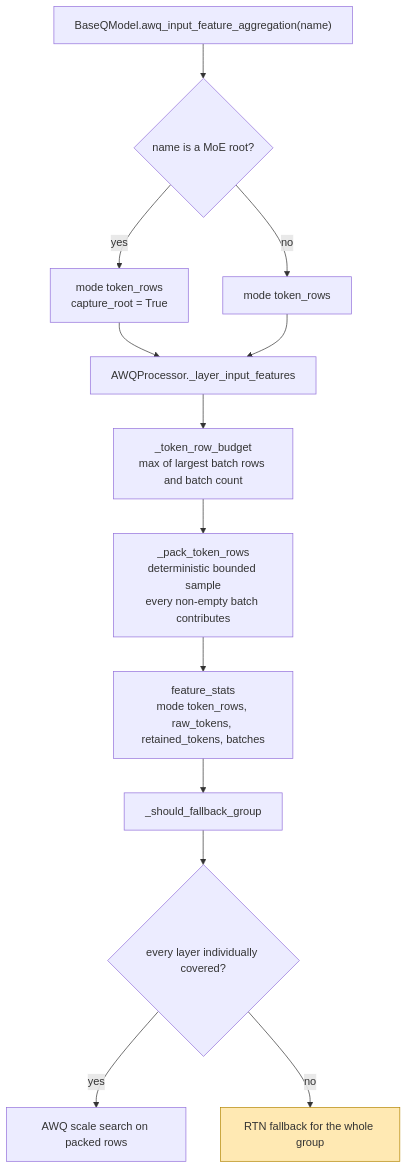
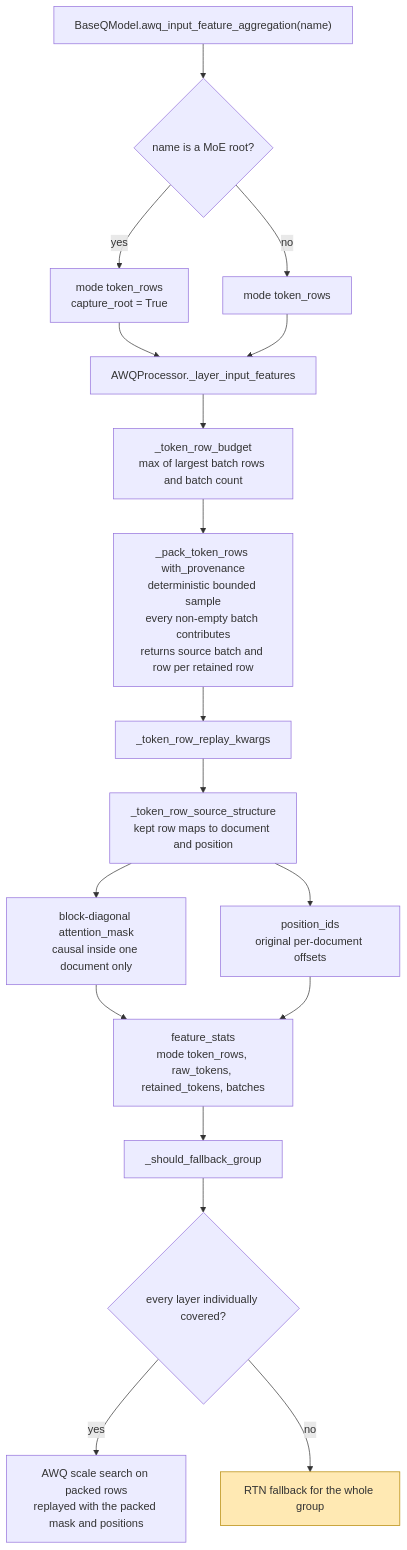
One commit to ModelCloud/GPTQModel changed the second of 3 diagrams in docs/awq-calibration-aggregation.md. Above: the diagram before and after it, drawn with Mermaid. The commit also changed other lines of this file and 3 other files, not shown here.

First line of the commit message:
fix(awq): replay packed calibration rows with their own mask and positions (#4091)

````diff
--- a/docs/awq-calibration-aggregation.md
+++ b/docs/awq-calibration-aggregation.md
@@ -43,16 +43,21 @@
 ```mermaid
 flowchart TD
     A["BaseQModel.awq_input_feature_aggregation(name)"] --> B{"name is a MoE root?"}
     B -- yes --> C["mode token_rows<br/>capture_root = True"]
     B -- no --> D["mode token_rows"]
     C --> E["AWQProcessor._layer_input_features"]
     D --> E
     E --> F["_token_row_budget<br/>max of largest batch rows and batch count"]
-    F --> G["_pack_token_rows<br/>deterministic bounded sample<br/>every non-empty batch contributes"]
-    G --> H["feature_stats<br/>mode token_rows, raw_tokens, retained_tokens, batches"]
-    H --> I["_should_fallback_group"]
-    I --> J{"every layer individually covered?"}
-    J -- yes --> K["AWQ scale search on packed rows"]
-    J -- no --> L["RTN fallback for the whole group"]
-    style L fill:#ffe9b3,stroke:#b38600
+    F --> G["_pack_token_rows with_provenance<br/>deterministic bounded sample<br/>every non-empty batch contributes<br/>returns source batch and row per retained row"]
+    G --> H["_token_row_replay_kwargs"]
+    H --> H1["_token_row_source_structure<br/>kept row maps to document and position"]
+    H1 --> H2["block-diagonal attention_mask<br/>causal inside one document only"]
+    H1 --> H3["position_ids<br/>original per-document offsets"]
+    H2 --> I["feature_stats<br/>mode token_rows, raw_tokens, retained_tokens, batches"]
+    H3 --> I
+    I --> J["_should_fallback_group"]
+    J --> K{"every layer individually covered?"}
+    K -- yes --> L["AWQ scale search on packed rows<br/>replayed with the packed mask and positions"]
+    K -- no --> M["RTN fallback for the whole group"]
+    style M fill:#ffe9b3,stroke:#b38600
 ```
````
